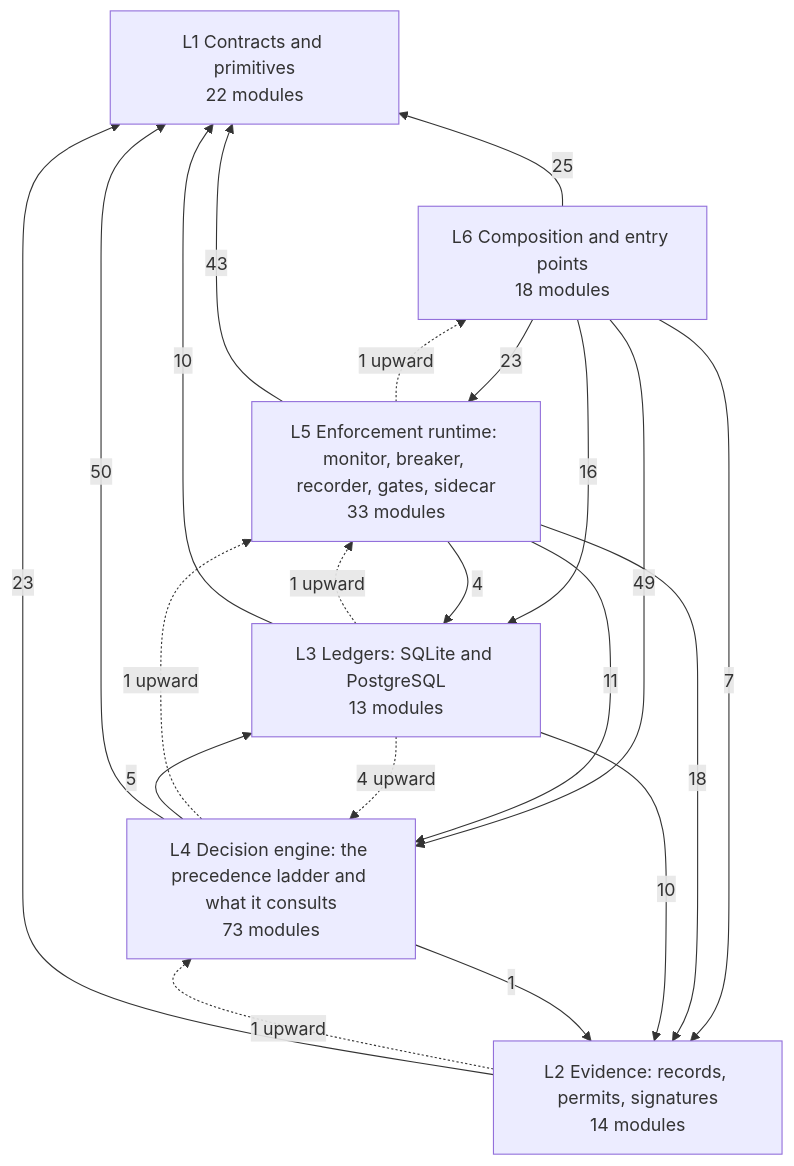
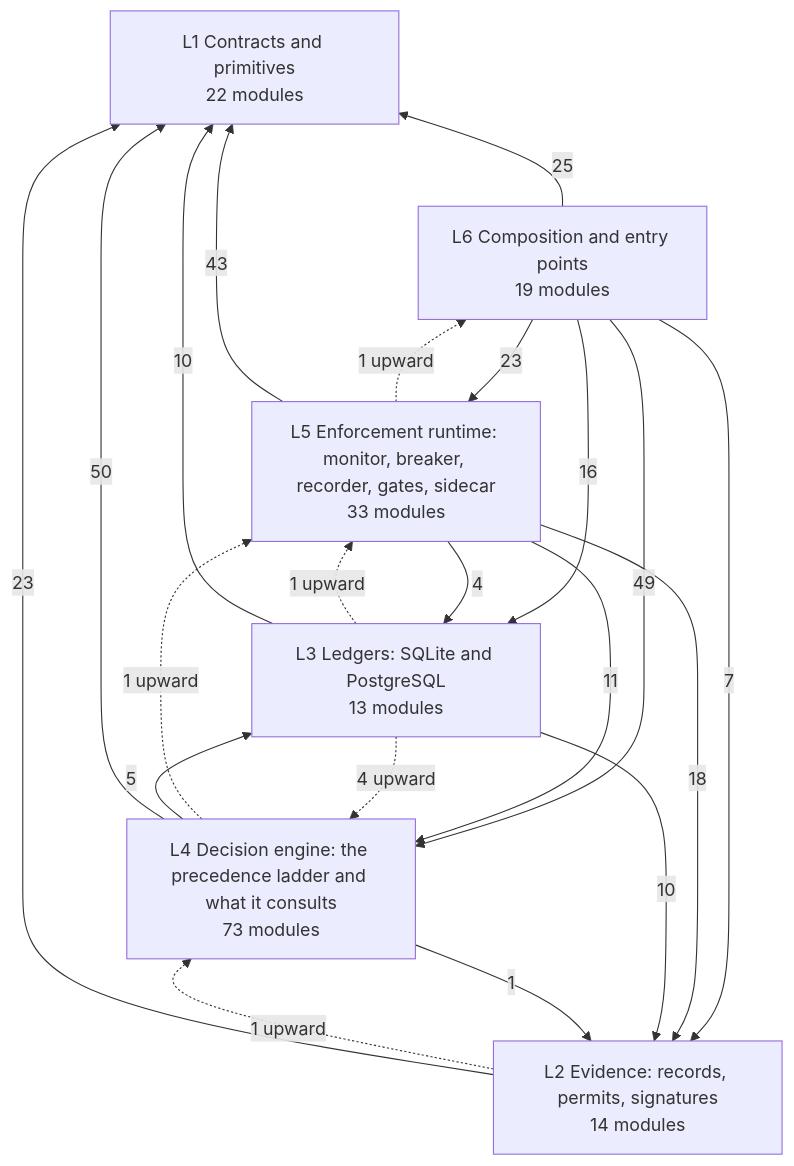
One commit to LOLA0786/privatevault-agent-dna changed the diagram in docs/architecture/DEPENDENCIES.md. Above: the diagram before and after it, drawn with Mermaid. The commit also changed other lines of this file and 17 other files, not shown here.

````diff
--- a/docs/architecture/DEPENDENCIES.md
+++ b/docs/architecture/DEPENDENCIES.md
@@ -12,29 +12,29 @@
 ```mermaid
 flowchart BT
   L1["L1 Contracts and primitives<br/>22 modules"]
   L2["L2 Evidence: records, permits, signatures<br/>14 modules"]
   L3["L3 Ledgers: SQLite and PostgreSQL<br/>13 modules"]
   L4["L4 Decision engine: the precedence ladder and what it consults<br/>73 modules"]
   L5["L5 Enforcement runtime: monitor, breaker, recorder, gates, sidecar<br/>33 modules"]
-  L6["L6 Composition and entry points<br/>18 modules"]
+  L6["L6 Composition and entry points<br/>19 modules"]
   L2 -->|23| L1
   L3 -->|10| L1
   L3 -->|10| L2
   L4 -->|50| L1
   L4 -->|1| L2
   L4 -->|5| L3
   L5 -->|43| L1
   L5 -->|18| L2
   L5 -->|4| L3
   L5 -->|11| L4
   L6 -->|25| L1
   L6 -->|7| L2
   L6 -->|16| L3
   L6 -->|49| L4
   L6 -->|23| L5
   L2 -.->|1 upward| L4
   L3 -.->|4 upward| L4
   L3 -.->|1 upward| L5
   L4 -.->|1 upward| L5
   L5 -.->|1 upward| L6
 ```
````
